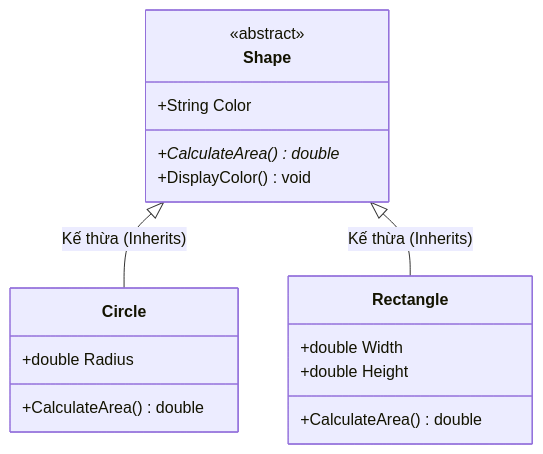
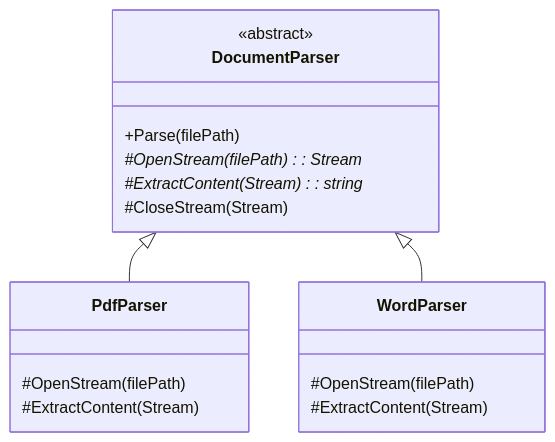
Before and after one commit to maitieubao/VisualizationDSA: the diagram in frontend/src/features/docs/content/oop/abstraction.md, drawn with Mermaid. The commit also changed other lines of this file and 823 other files, not shown here.

First line of the commit message:
feat: Sprint 3 hoàn tất - Classroom, Codelabs, Theory Articles, Graph search viz + redesign QuickSort/MergeSort visualizers

````diff
--- a/frontend/src/features/docs/content/oop/abstraction.md
+++ b/frontend/src/features/docs/content/oop/abstraction.md
@@ -55,20 +106,23 @@
 ```mermaid
 classDiagram
-    class Shape {
+    class DocumentParser {
         <<abstract>>
-        +String Color
-        +CalculateArea()* double
-        +DisplayColor() void
+        +Parse(filePath)
+        #OpenStream(filePath)* : Stream
+        #ExtractContent(Stream)* : string
+        #CloseStream(Stream)
     }
-    class Circle {
-        +double Radius
-        +CalculateArea() double
+    
+    class PdfParser {
+        #OpenStream(filePath)
+        #ExtractContent(Stream)
     }
-    class Rectangle {
-        +double Width
-        +double Height
-        +CalculateArea() double
+    
+    class WordParser {
+        #OpenStream(filePath)
+        #ExtractContent(Stream)
     }
-    Shape <|-- Circle : Kế thừa (Inherits)
-    Shape <|-- Rectangle : Kế thừa (Inherits)
+    
+    DocumentParser <|-- PdfParser
+    DocumentParser <|-- WordParser
 ```
````
